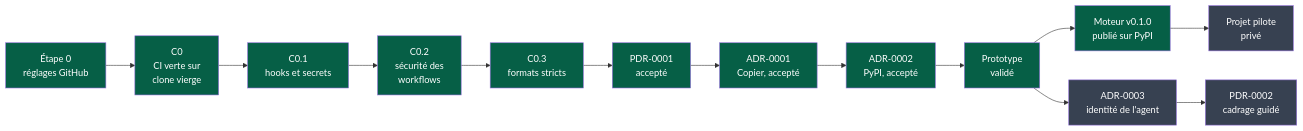
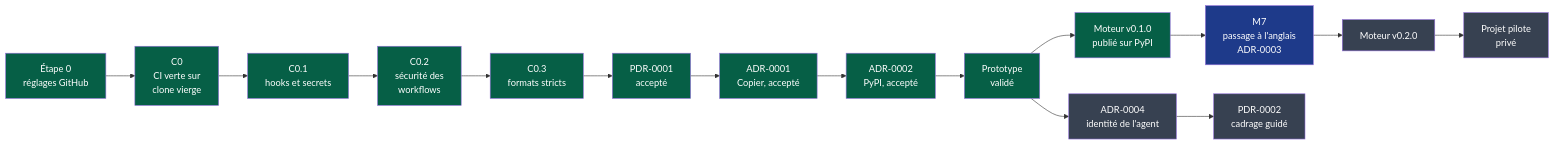
The first of 2 diagrams in docs/governance/chantiers.md (NapkinStack/engineering-os), drawn with Mermaid before and after one commit. The commit also changed other lines of this file and 31 other files, not shown here.

````diff
--- a/docs/governance/chantiers.md
+++ b/docs/governance/chantiers.md
@@ -10,20 +10,23 @@
 ```mermaid
 flowchart LR
     S0["Étape 0<br/>réglages GitHub"]:::fait --> C0["C0<br/>CI verte sur<br/>clone vierge"]:::fait
     C0 --> C01["C0.1<br/>hooks et secrets"]:::fait
     C01 --> C02["C0.2<br/>sécurité des<br/>workflows"]:::fait
     C02 --> C03["C0.3<br/>formats stricts"]:::fait
     C03 --> PDR["PDR-0001<br/>accepté"]:::fait
     PDR --> A1["ADR-0001<br/>Copier, accepté"]:::fait
     A1 --> A2["ADR-0002<br/>PyPI, accepté"]:::fait
     A2 --> PT["Prototype<br/>validé"]:::fait
     PT --> RP["Moteur v0.1.0<br/>publié sur PyPI"]:::fait
-    RP --> PP["Projet pilote<br/>privé"]:::afaire
-    PT --> A3["ADR-0003<br/>identité de l'agent"]:::afaire
-    A3 --> P2["PDR-0002<br/>cadrage guidé"]:::afaire
+    RP --> M7["M7<br/>passage à l'anglais<br/>ADR-0003"]:::encours
+    M7 --> V2["Moteur v0.2.0"]:::afaire
+    V2 --> PP["Projet pilote<br/>privé"]:::afaire
+    PT --> A4["ADR-0004<br/>identité de l'agent"]:::afaire
+    A4 --> P2["PDR-0002<br/>cadrage guidé"]:::afaire
 
     classDef fait fill:#065f46,color:#fff
+    classDef encours fill:#1e3a8a,color:#fff
     classDef partiel fill:#92400e,color:#fff
     classDef afaire fill:#374151,color:#fff
     classDef bloque fill:#7c2d12,color:#fff
 ```
````
